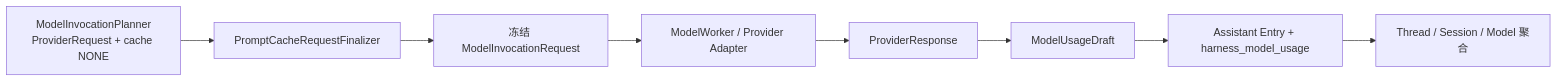
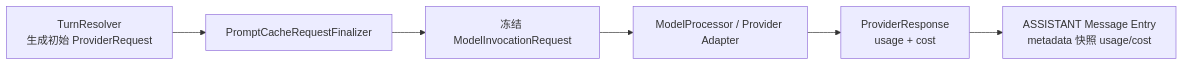
The diagram in docs/technical-solution/prompt-cache-usage-cost.md (fengwk/kk-studio), drawn with Mermaid before and after one commit. The commit also changed other lines of this file and 16 other files, not shown here.

````diff
--- a/docs/technical-solution/prompt-cache-usage-cost.md
+++ b/docs/technical-solution/prompt-cache-usage-cost.md
@@ -7,13 +7,11 @@
 ```mermaid
 flowchart LR
-    A[ModelInvocationPlanner<br/>ProviderRequest + cache NONE]
+    A[TurnResolver<br/>生成初始 ProviderRequest]
     B[PromptCacheRequestFinalizer]
     C[冻结 ModelInvocationRequest]
-    D[ModelWorker / Provider Adapter]
-    E[ProviderResponse]
-    F[ModelUsageDraft]
-    G[Assistant Entry + harness_model_usage]
-    H[Thread / Session / Model 聚合]
+    D[ModelProcessor / Provider Adapter]
+    E[ProviderResponse<br/>usage + cost]
+    F[ASSISTANT Message Entry<br/>metadata 快照 usage/cost]
 
-    A --> B --> C --> D --> E --> F --> G --> H
+    A --> B --> C --> D --> E --> F
 ```
````
